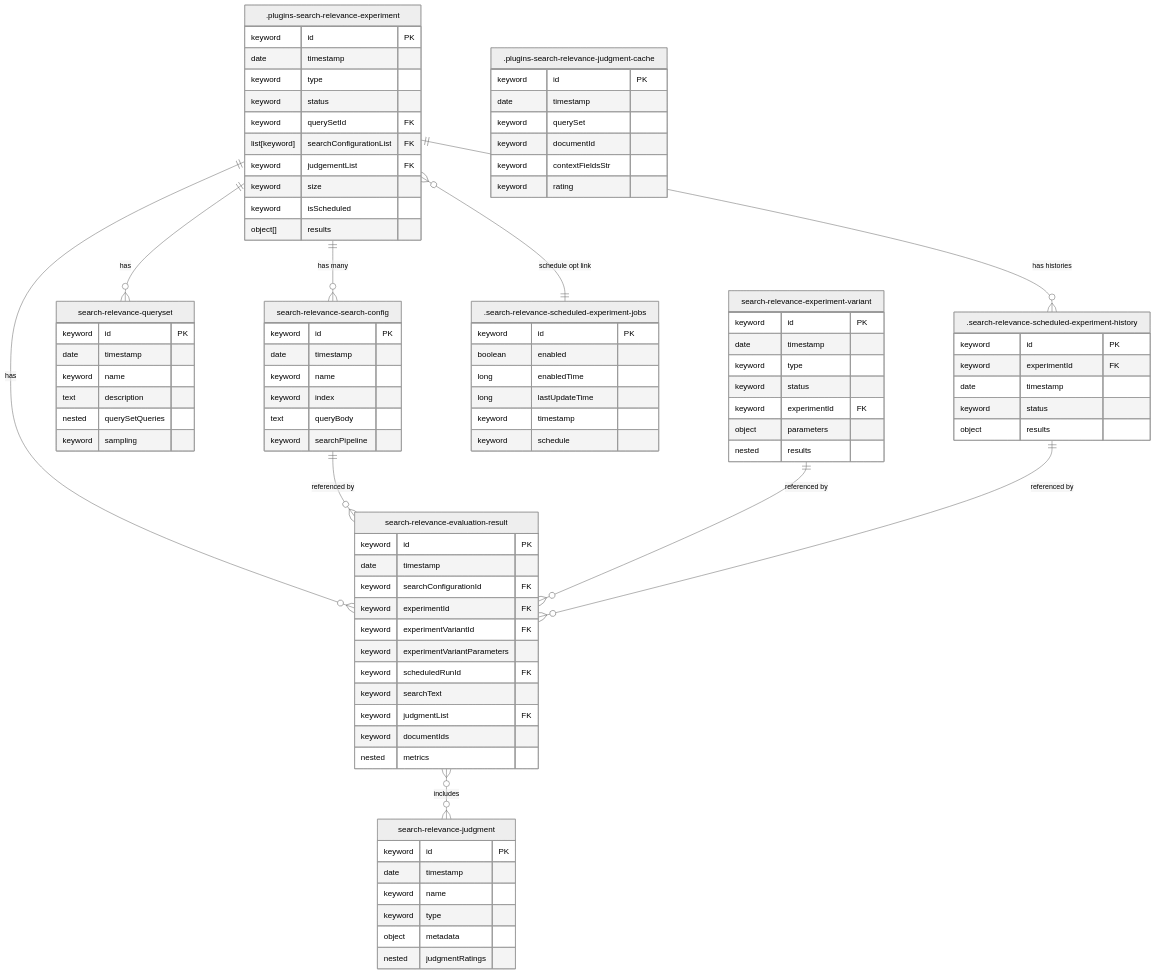
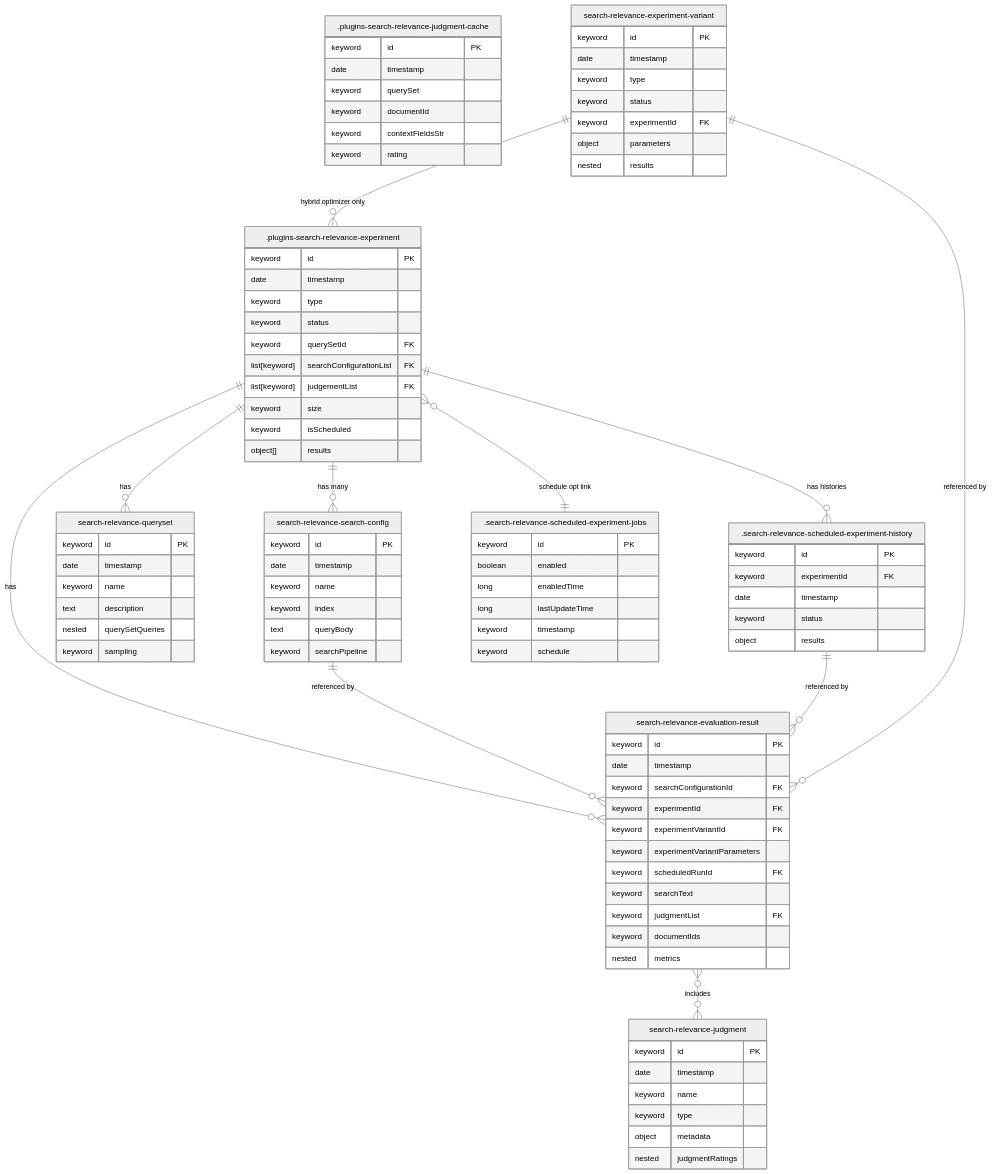
The first of 5 diagrams in DEVELOPER_GUIDE.md (opensearch-project/search-relevance), drawn with Mermaid (neutral theme) before and after one commit.

Commit message:
Fixes after workign iwth Anthony

```diff
--- a/DEVELOPER_GUIDE.md
+++ b/DEVELOPER_GUIDE.md
@@ -323,7 +323,7 @@
         keyword status
         keyword querySetId FK
         list[keyword] searchConfigurationList FK
-        keyword judgementList FK
+        list[keyword] judgementList FK
         keyword size
         keyword isScheduled
         object[] results
@@ -402,6 +402,7 @@
     ".plugins-search-relevance-experiment" ||--o{ search-relevance-queryset : has
     ".plugins-search-relevance-experiment" ||--o{ search-relevance-search-config : "has many"
     search-relevance-search-config ||--o{ search-relevance-evaluation-result : "referenced by"
+    search-relevance-experiment-variant ||--o{ ".plugins-search-relevance-experiment" : "hybrid optimizer only"
     search-relevance-experiment-variant ||--o{ search-relevance-evaluation-result : "referenced by"
     ".search-relevance-scheduled-experiment-history" ||--o{ search-relevance-evaluation-result : "referenced by"
     search-relevance-evaluation-result }o--o{ search-relevance-judgment : includes
```
